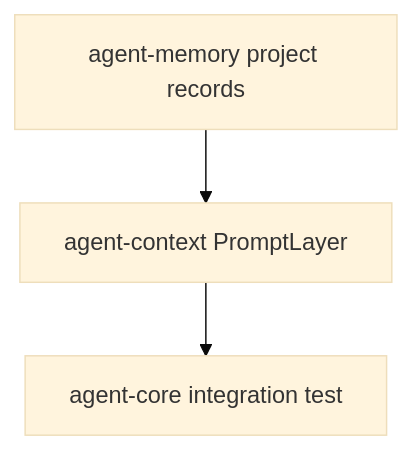
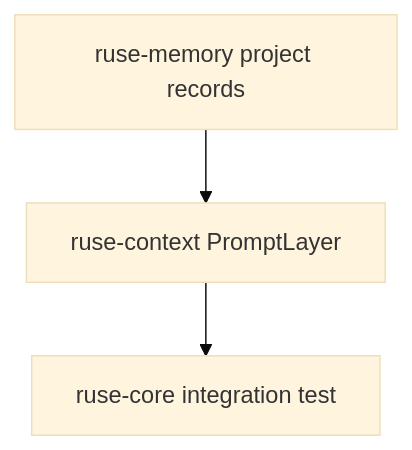
One commit to poneding/agent changed the diagram in docs/specs/M05-05-project-memory.spec.md. Above: the diagram before and after it, drawn with Mermaid (base theme). The commit also changed other lines of this file and 2091 other files, not shown here.

First line of the commit message:
refactor: rename agent branding to ruse

````diff
--- a/docs/specs/M05-05-project-memory.spec.md
+++ b/docs/specs/M05-05-project-memory.spec.md
@@ -31,5 +31,5 @@
 ```mermaid
 flowchart TD
-  memory["agent-memory project records"] --> context["agent-context PromptLayer"]
-  context --> core["agent-core integration test"]
+  memory["ruse-memory project records"] --> context["ruse-context PromptLayer"]
+  context --> core["ruse-core integration test"]
 ```
````
